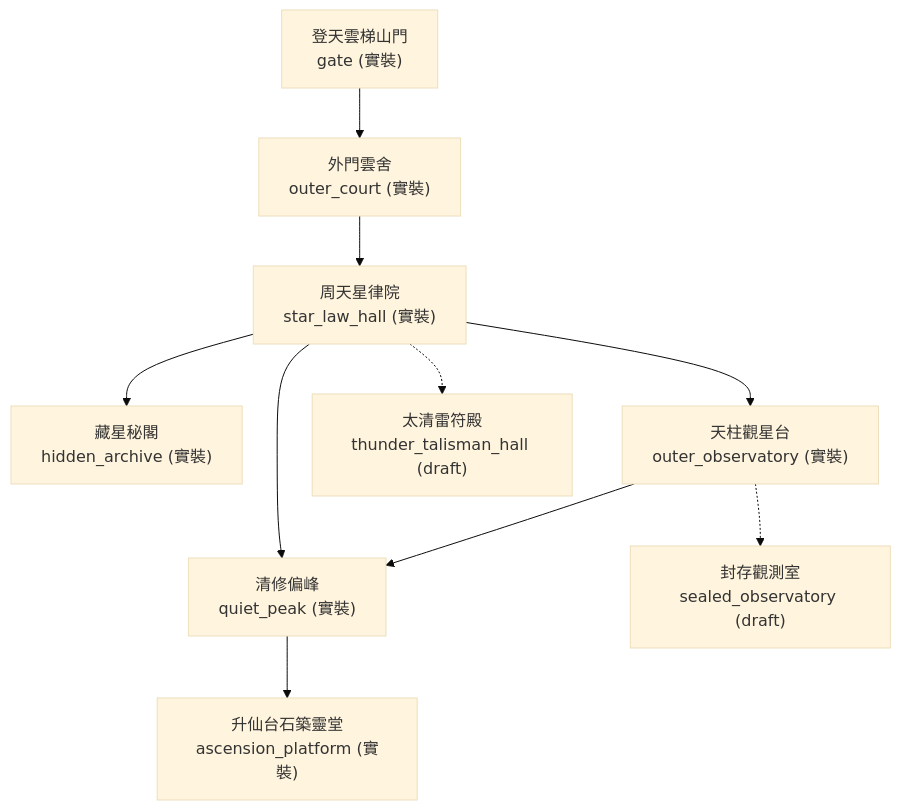
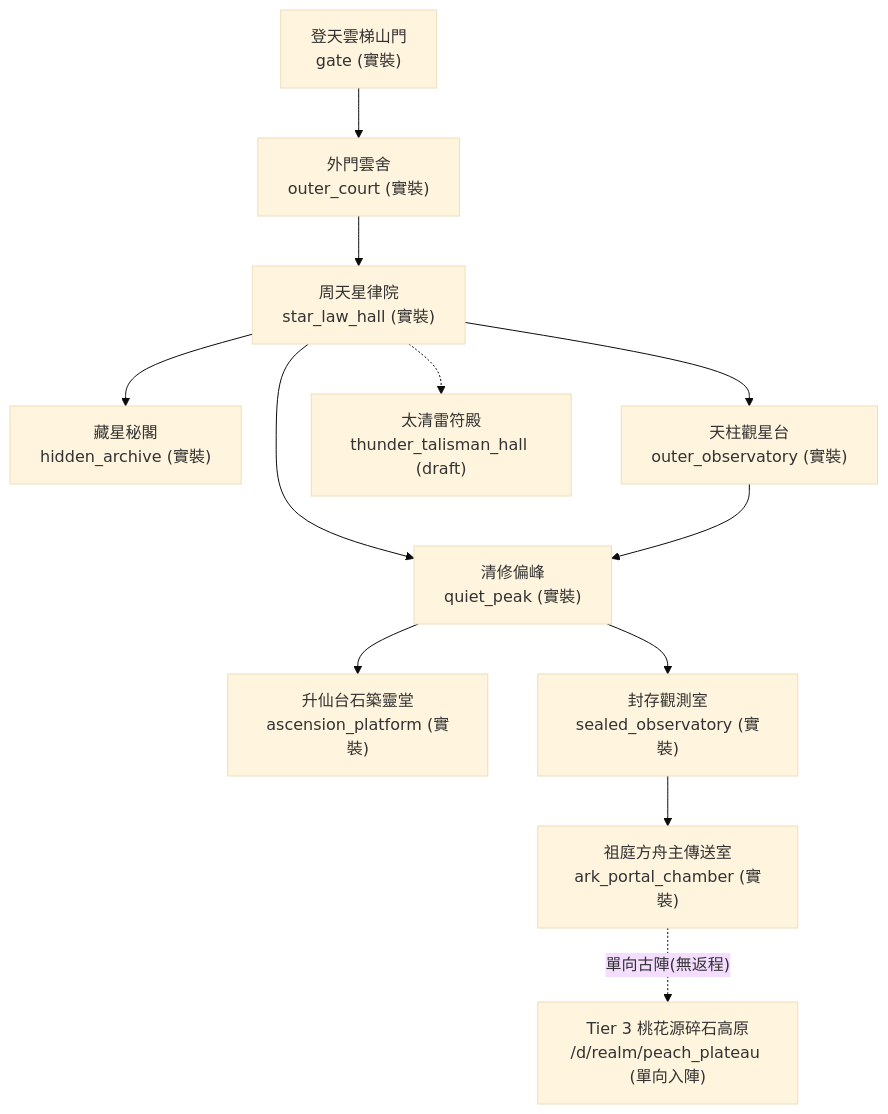
One commit to wade-fs/mudscript changed the diagram in forgotten-space/narrative/docs/maps/tier2/taiqing_map.md. Above: the diagram before and after it, drawn with Mermaid (base theme). The commit also changed other lines of this file and 21 other files, not shown here.

````diff
--- a/forgotten-space/narrative/docs/maps/tier2/taiqing_map.md
+++ b/forgotten-space/narrative/docs/maps/tier2/taiqing_map.md
@@ -23,21 +24,25 @@
 ```mermaid
 flowchart TD
   gate["登天雲梯山門<br/>gate (實裝)"]
   outer_court["外門雲舍<br/>outer_court (實裝)"]
   star_law_hall["周天星律院<br/>star_law_hall (實裝)"]
   hidden_archive["藏星秘閣<br/>hidden_archive (實裝)"]
   outer_observatory["天柱觀星台<br/>outer_observatory (實裝)"]
   quiet_peak["清修偏峰<br/>quiet_peak (實裝)"]
   ascension_platform["升仙台石築靈堂<br/>ascension_platform (實裝)"]
   thunder_talisman_hall["太清雷符殿<br/>thunder_talisman_hall (draft)"]
-  sealed_observatory["封存觀測室<br/>sealed_observatory (draft)"]
+  sealed_observatory["封存觀測室<br/>sealed_observatory (實裝)"]
+  ark_portal_chamber["祖庭方舟主傳送室<br/>ark_portal_chamber (實裝)"]
+  peach_plateau["Tier 3 桃花源碎石高原<br/>/d/realm/peach_plateau (單向入陣)"]
   gate --> outer_court
   outer_court --> star_law_hall
   star_law_hall --> hidden_archive
   star_law_hall --> outer_observatory
   star_law_hall --> quiet_peak
   outer_observatory --> quiet_peak
   quiet_peak --> ascension_platform
+  quiet_peak --> sealed_observatory
+  sealed_observatory --> ark_portal_chamber
+  ark_portal_chamber -.單向古陣(無返程).-> peach_plateau
   star_law_hall -.-> thunder_talisman_hall
-  outer_observatory -.-> sealed_observatory
 ```
````
